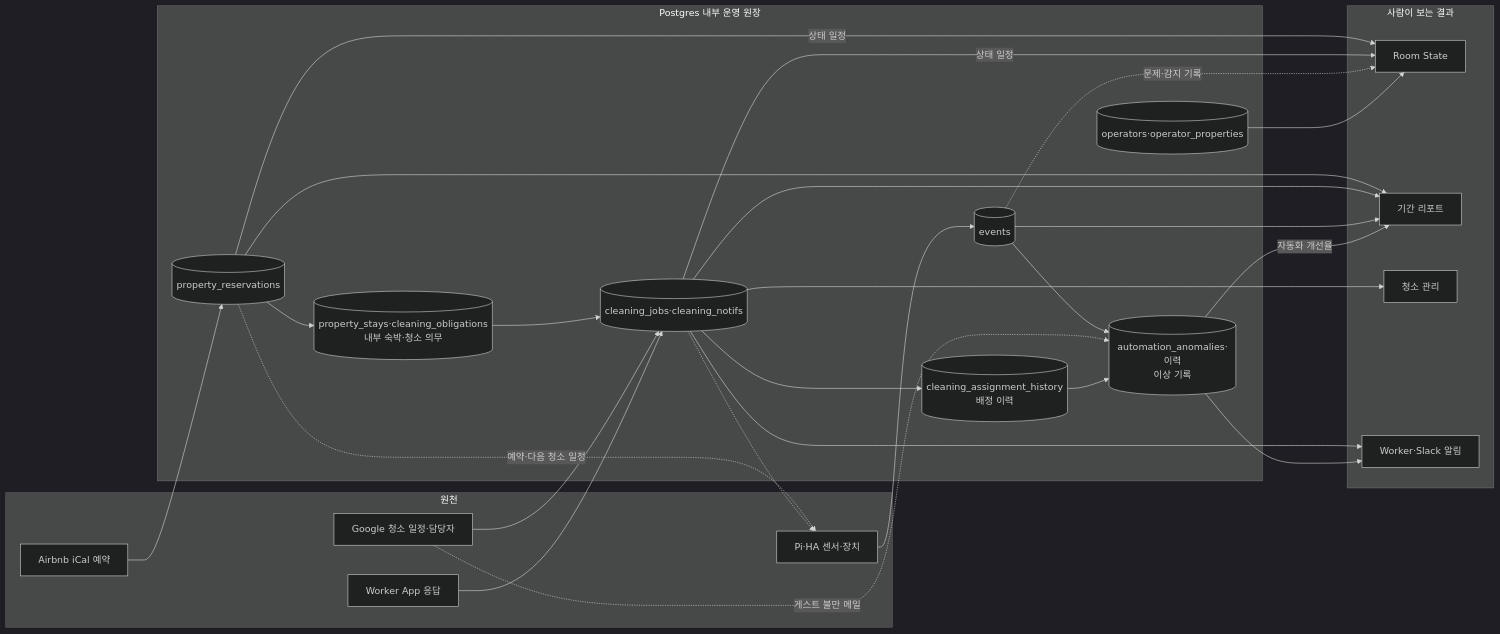
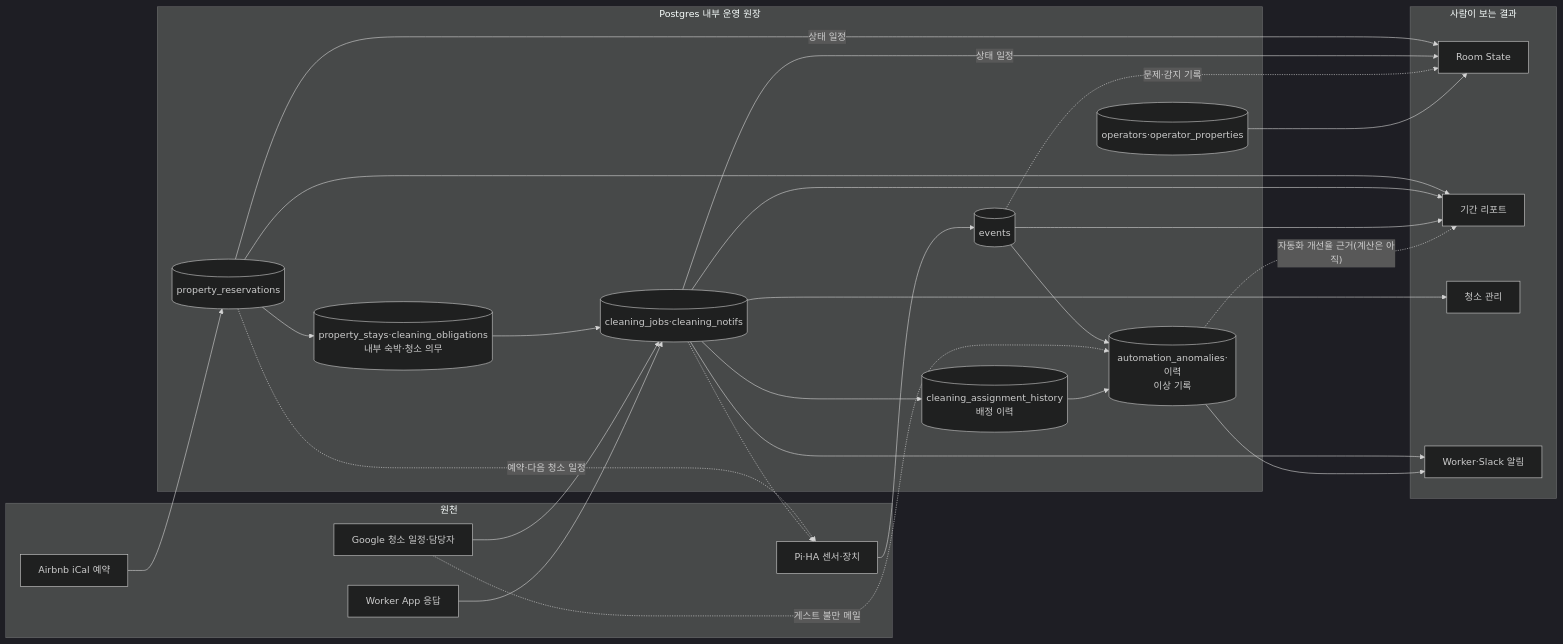
The fourth of 4 diagrams in design_overview.md (adckang/propos), drawn with Mermaid (dark theme) before and after one commit. The commit also changed other lines of this file and 5 other files, not shown here.

````diff
--- a/design_overview.md
+++ b/design_overview.md
@@ -342,48 +342,48 @@
 ```mermaid
 flowchart LR
     subgraph Sources[원천]
         Airbnb[Airbnb iCal 예약]
         Google[Google 청소 일정·담당자]
         Pi[Pi·HA 센서·장치]
         Worker[Worker App 응답]
     end
     subgraph Ledger[Postgres 내부 운영 원장]
         Reservation[(property_reservations)]
         Stay[(property_stays·cleaning_obligations<br/>내부 숙박·청소 의무)]
         Cleaning[(cleaning_jobs·cleaning_notifs)]
         AssignHist[(cleaning_assignment_history<br/>배정 이력)]
         Events[(events)]
         Anomaly[(automation_anomalies·이력<br/>이상 기록)]
         Access[(operators·operator_properties)]
     end
     subgraph Use[사람이 보는 결과]
         Room[Room State]
         Report[기간 리포트]
         CleanUI[청소 관리]
         Alert[Worker·Slack 알림]
     end
 
     Airbnb --> Reservation
     Google --> Cleaning
     Pi --> Events
     Worker --> Cleaning
     Reservation -- 상태 일정 --> Room
     Reservation --> Report
     Cleaning -- 상태 일정 --> Room
     Cleaning --> Report
     Cleaning --> CleanUI
     Events -. 문제·감지 기록 .-> Room
     Events --> Report
     Access --> Room
     Cleaning --> Alert
     Reservation --> Stay
     Stay --> Cleaning
     Cleaning --> AssignHist
     Events --> Anomaly
     Google -. 게스트 불만 메일 .-> Anomaly
     AssignHist --> Anomaly
-    Anomaly -- 자동화 개선율 --> Report
+    Anomaly -. 자동화 개선율 근거(계산은 아직) .-> Report
     Anomaly --> Alert
     Reservation -. 예약·다음 청소 일정 .-> Pi
     Cleaning -.-> Pi
 ```
````
